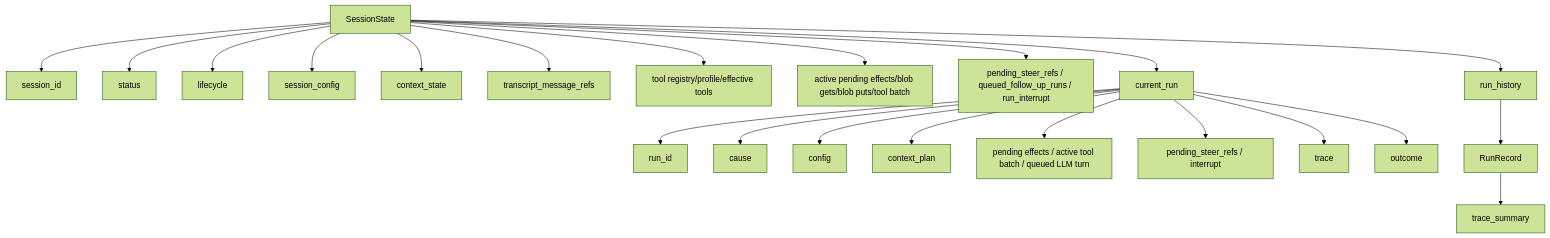
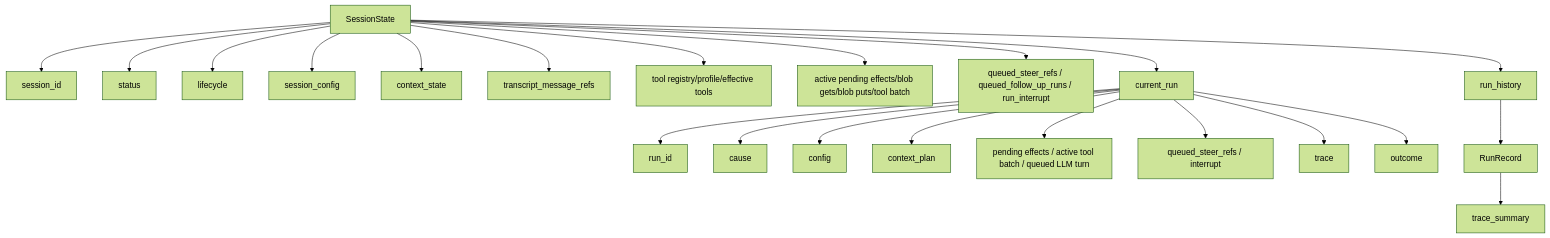
The second of 22 diagrams in roadmap/v0.30-agent/visual-guide.md (smartcomputer-ai/agent-os), drawn with Mermaid (forest theme) before and after one commit. The commit also changed other lines of this file and 15 other files, not shown here.

````diff
--- a/roadmap/v0.30-agent/visual-guide.md
+++ b/roadmap/v0.30-agent/visual-guide.md
@@ -87,26 +87,26 @@
 ```mermaid
 flowchart TD
   SessionState --> Identity[session_id]
   SessionState --> Status[status]
   SessionState --> Lifecycle[lifecycle]
   SessionState --> Config[session_config]
   SessionState --> Context[context_state]
   SessionState --> Transcript[transcript_message_refs]
   SessionState --> Tools[tool registry/profile/effective tools]
   SessionState --> Runtime[active pending effects/blob gets/blob puts/tool batch]
-  SessionState --> Intervention[pending_steer_refs / queued_follow_up_runs / run_interrupt]
+  SessionState --> Intervention[queued_steer_refs / queued_follow_up_runs / run_interrupt]
   SessionState --> CurrentRun[current_run]
   SessionState --> History[run_history]
 
   CurrentRun --> RunIdentity[run_id]
   CurrentRun --> RunCause[cause]
   CurrentRun --> RunConfig[config]
   CurrentRun --> ContextPlan[context_plan]
   CurrentRun --> RunRuntime[pending effects / active tool batch / queued LLM turn]
-  CurrentRun --> RunIntervention[pending_steer_refs / interrupt]
+  CurrentRun --> RunIntervention[queued_steer_refs / interrupt]
   CurrentRun --> Trace[trace]
   CurrentRun --> Outcome[outcome]
 
   History --> RunRecord[RunRecord]
   RunRecord --> TraceSummary[trace_summary]
 ```
````
